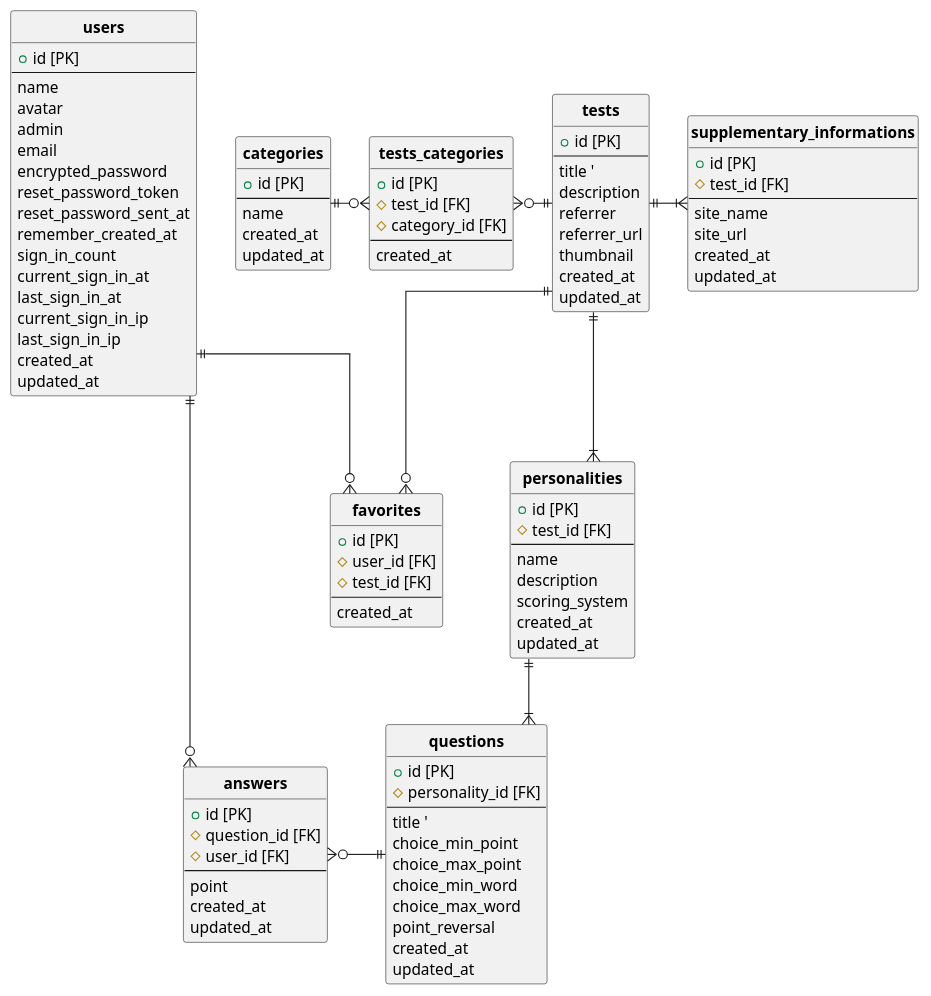
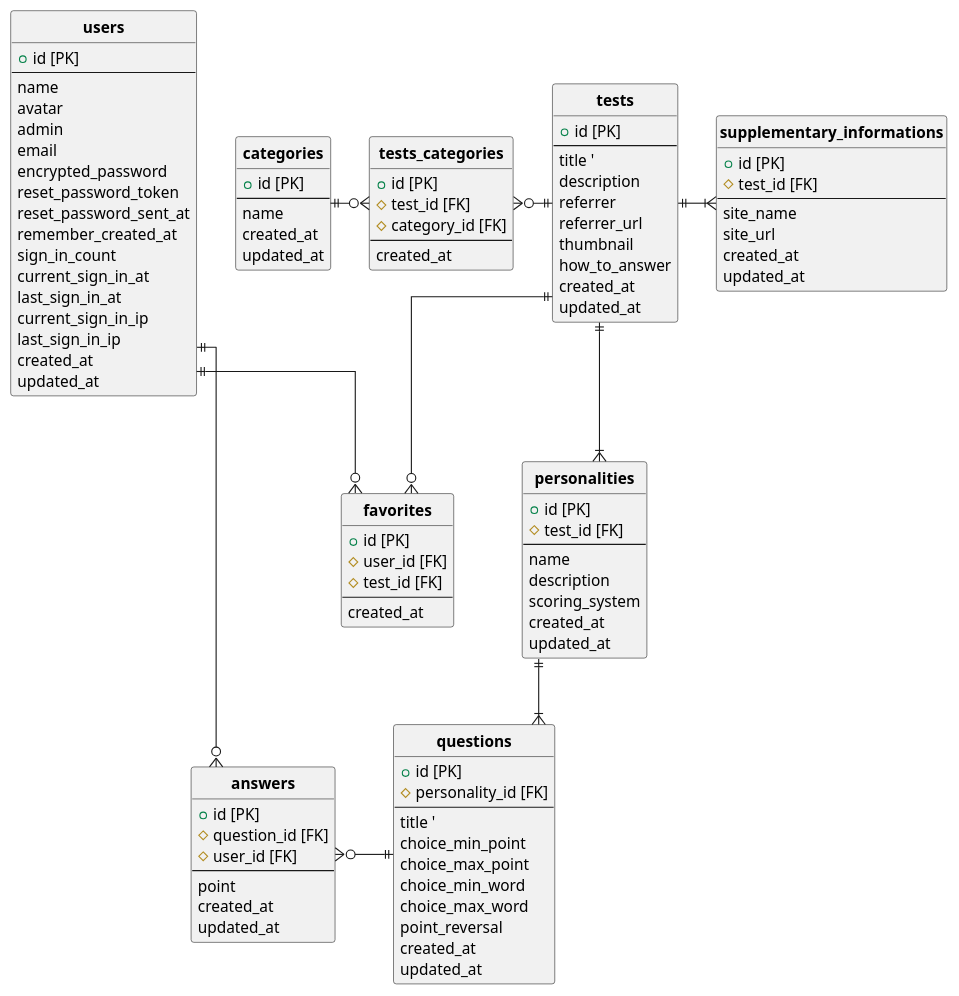
One commit to ymdarudy/psykarte changed the diagram in docs/ER.pu. Above: the diagram before and after it, drawn with PlantUML. The commit also changed 1 other file, not shown here.

Commit message:
:books: ER図修正（how_to_answerカラム追加分）

```diff
--- a/docs/ER.pu
+++ b/docs/ER.pu
@@ -1,119 +1,120 @@
 @startuml ER
 ' hide the spot
 hide circle
 
 ' avoid problems with angled crows feet
 skinparam linetype ortho
 
 entity "**users**" as users {
   + id [PK]
   --
   name
   avatar
   admin
   email
   encrypted_password
   reset_password_token
   reset_password_sent_at
   remember_created_at
   sign_in_count
   current_sign_in_at
   last_sign_in_at
   current_sign_in_ip
   last_sign_in_ip
   created_at
   updated_at
 }
 
 entity "**tests**" as tests {
   + id [PK]
   --
   title '
   description
   referrer
   referrer_url
   thumbnail
+  how_to_answer
   created_at
   updated_at
 }
 
 entity "**personalities**" as personalities {
   + id [PK]
   # test_id [FK]
   --
   name
   description
   scoring_system
   created_at
   updated_at
 }
 
 entity "**questions**" as questions {
   + id [PK]
   # personality_id [FK]
   --
   title '
   choice_min_point
   choice_max_point
   choice_min_word
   choice_max_word
   point_reversal
   created_at
   updated_at
 }
 
 entity "**answers**" as answers {
   + id [PK]
   # question_id [FK]
   # user_id [FK]
   --
   point
   created_at
   updated_at
 }
 
 entity "**supplementary_informations**" as supplementary_informations {
   + id [PK]
   # test_id [FK]
   --
   site_name
   site_url
   created_at
   updated_at
 }
 
 entity "**favorites**" as favorites {
   + id [PK]
   # user_id [FK]
   # test_id [FK]
   --
   created_at
 }
 
 entity "**categories**" as categories {
   + id [PK]
   --
   name
   created_at
   updated_at
 }
 
 entity "**tests_categories**" as tests_categories {
   + id [PK]
   # test_id [FK]
   # category_id [FK]
   --
   created_at
 }
 
 tests ||-r-|{ supplementary_informations
 tests ||--|{ personalities
 tests ||--o{ favorites
 tests ||-l-o{ tests_categories
 categories ||-r-o{ tests_categories
 users ||-d-o{ answers
 users ||-d-o{ favorites
 questions ||-l-o{ answers
 personalities ||--|{ questions
 
 @enduml
```
